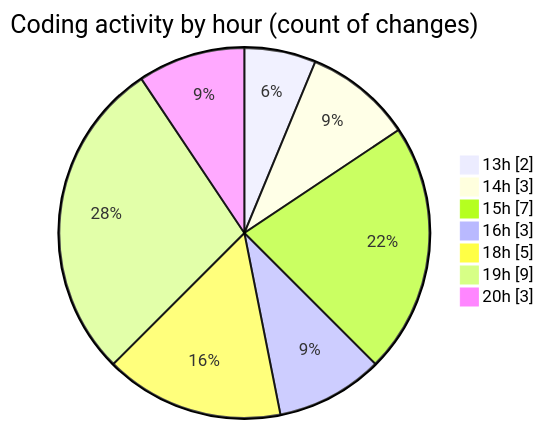
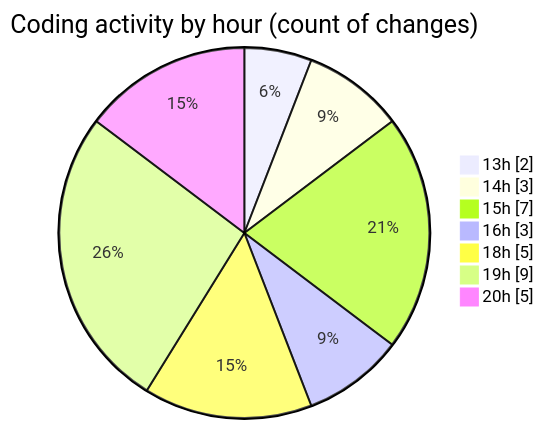
Before and after one commit to julien-gomy/code-tracking: the second of 2 diagrams in 2025-11-14/cdp_aleoudev_fr__workspace_/README.md, drawn with Mermaid. The commit also changed other lines of this file and 1 other file, not shown here.

````diff
--- a/2025-11-14/cdp_aleoudev_fr__workspace_/README.md
+++ b/2025-11-14/cdp_aleoudev_fr__workspace_/README.md
@@ -41,11 +41,11 @@
 ```mermaid
 pie showData
 title Coding activity by hour (count of changes)
 "13h" : 2
 "14h" : 3
 "15h" : 7
 "16h" : 3
 "18h" : 5
 "19h" : 9
-"20h" : 3
+"20h" : 5
 ```
````
